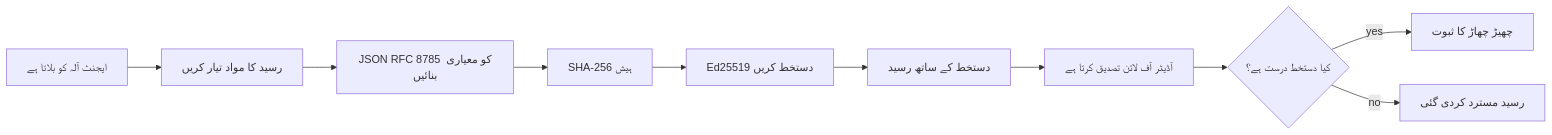
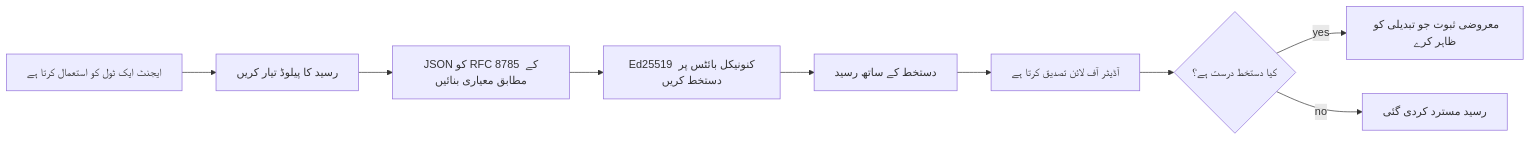
Before and after one commit to microsoft/ai-agents-for-beginners: the first of 2 diagrams in translations/ur/18-securing-ai-agents/README.md, drawn with Mermaid. The commit also changed other lines of this file and 47 other files, not shown here.

````diff
--- a/translations/ur/18-securing-ai-agents/README.md
+++ b/translations/ur/18-securing-ai-agents/README.md
@@ -51,12 +51,11 @@
 ```mermaid
 flowchart LR
-    A[ایجنٹ آلہ کو بلاتا ہے] --> B[رسید کا مواد تیار کریں]
-    B --> C[JSON RFC 8785 کو معیاری بنائیں]
-    C --> D[SHA-256 ہیش]
-    D --> E[Ed25519 دستخط کریں]
+    A[ایجنٹ ایک ٹول کو استعمال کرتا ہے] --> B[رسید کا پیلوڈ تیار کریں]
+    B --> C[JSON کو RFC 8785 کے مطابق معیاری بنائیں]
+    C --> E[Ed25519 کنونیکل بائٹس پر دستخط کریں]
     E --> F[دستخط کے ساتھ رسید]
     F --> G[آڈیٹر آف لائن تصدیق کرتا ہے]
     G --> H{کیا دستخط درست ہے؟}
-    H -- yes --> I[چھیڑ چھاڑ کا ثبوت]
+    H -- yes --> I[معروضی ثبوت جو تبدیلی کو ظاہر کرے]
     H -- no --> J[رسید مسترد کردی گئی]
 ```
````
